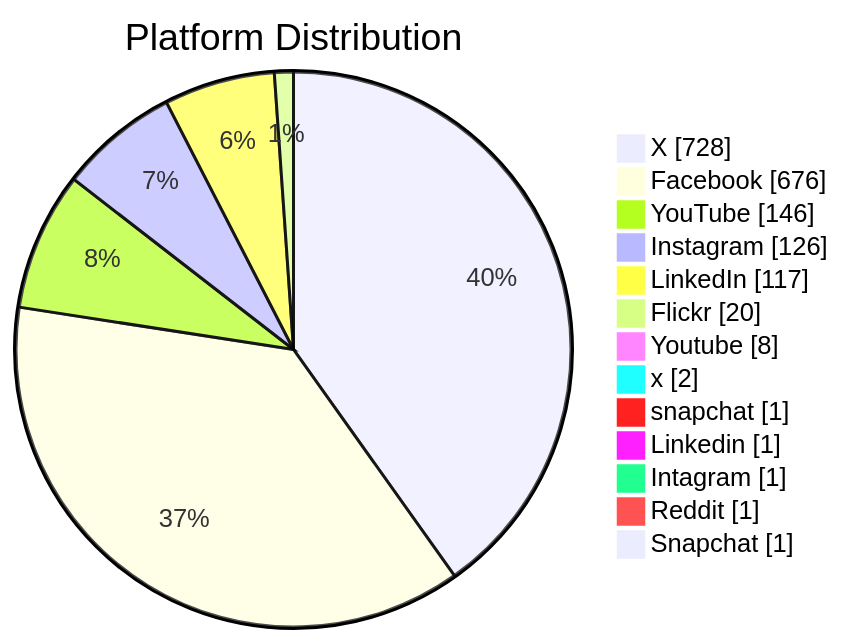
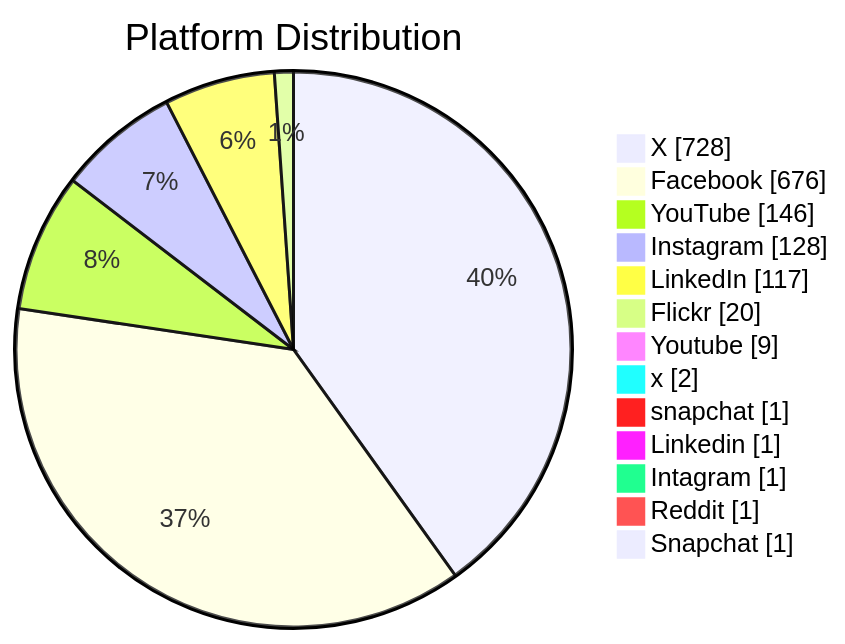
One commit to PatLittle/GC-Socials changed the second of 6 diagrams in README.md. Above: the diagram before and after it, drawn with Mermaid. The commit also changed other lines of this file, not shown here.

Commit message:
Update README with Platform Distribution pie chart

````diff
--- a/README.md
+++ b/README.md
@@ -46,16 +46,16 @@
 ```mermaid
 pie showData title Platform Distribution
     "X": 728
     "Facebook": 676
     "YouTube": 146
-    "Instagram": 126
+    "Instagram": 128
     "LinkedIn": 117
     "Flickr": 20
-    "Youtube": 8
+    "Youtube": 9
     "x": 2
     "snapchat": 1
     "Linkedin": 1
     "Intagram": 1
     "Reddit": 1
     "Snapchat": 1
 ```
````
